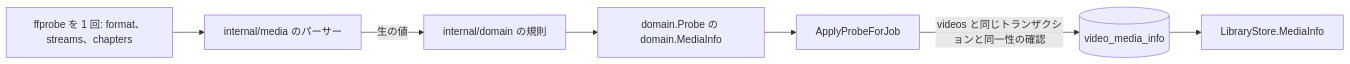
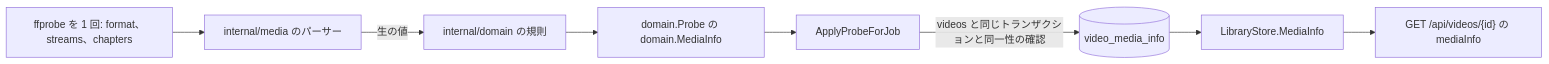
One commit to syudead/vv changed the diagram in translations/ja/docs/design-docs/media-information.md. Above: the diagram before and after it, drawn with Mermaid. The commit also changed other lines of this file and 1 other file, not shown here.

First line of the commit message:
docs(ja): refresh library-ui and media-information translations

````diff
--- a/translations/ja/docs/design-docs/media-information.md
+++ b/translations/ja/docs/design-docs/media-information.md
@@ -12,9 +12,10 @@
 ```mermaid
 flowchart LR
   ffprobe[ffprobe を 1 回: format、streams、chapters] --> parser[internal/media のパーサー]
   parser -->|生の値| rules[internal/domain の規則]
   rules --> info[domain.Probe の domain.MediaInfo]
   info --> apply[ApplyProbeForJob]
   apply -->|videos と同じトランザクションと同一性の確認| row[(video_media_info)]
   row --> read[LibraryStore.MediaInfo]
+  read --> detail["GET /api/videos/{id} の mediaInfo"]
 ```
````
